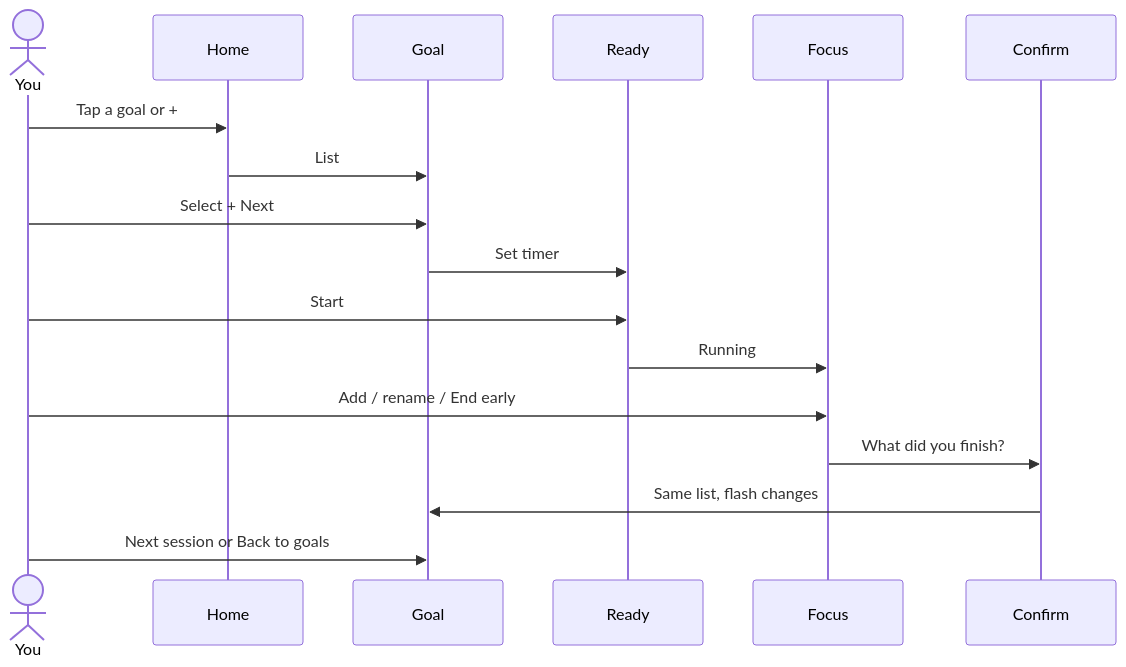
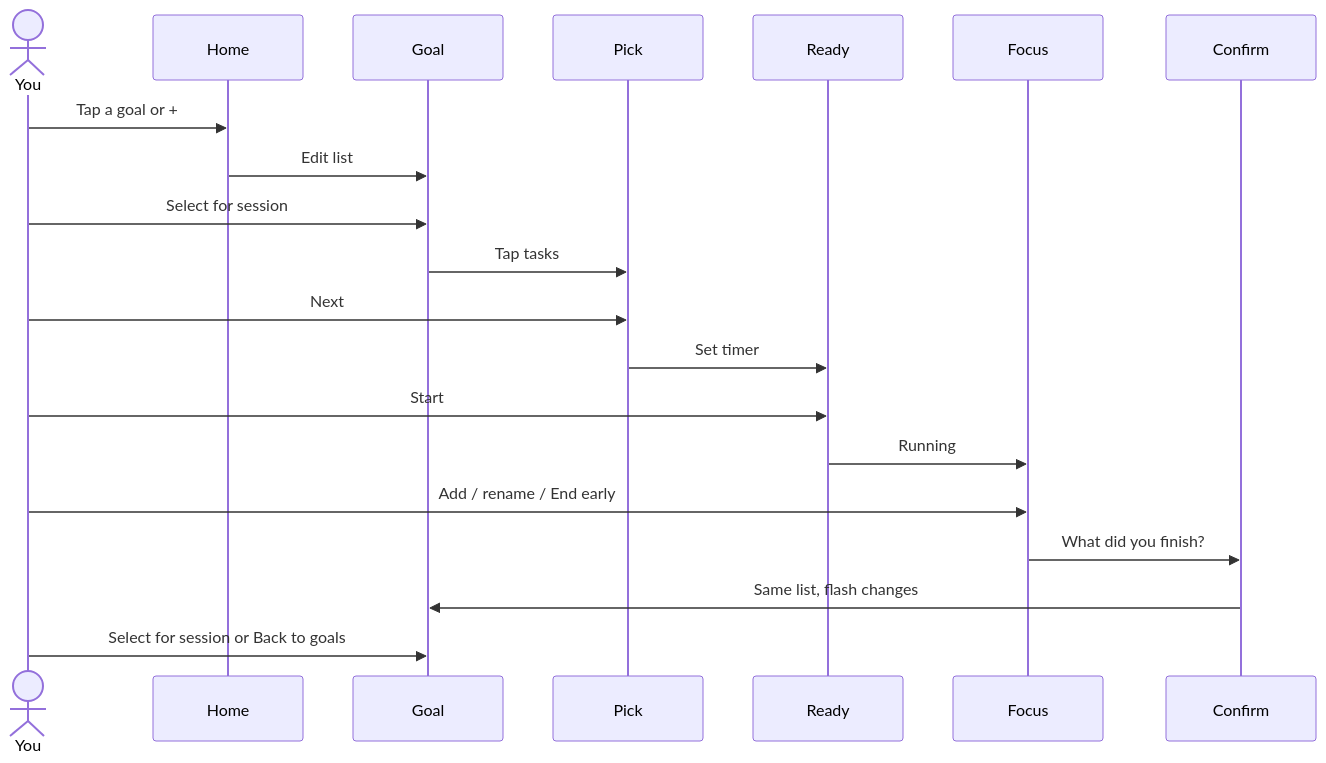
Before and after one commit to littlewhywhat/legal-360: the diagram in cases/squares/docs/flows/focus-loop.md, drawn with Mermaid. The commit also changed other lines of this file and 2 other files, not shown here.

First line of the commit message:
feat: Goal stays in edit; pick tasks on a second screen

````diff
--- a/cases/squares/docs/flows/focus-loop.md
+++ b/cases/squares/docs/flows/focus-loop.md
@@ -17,20 +18,23 @@
 ```mermaid
 sequenceDiagram
   actor You
   participant Home
   participant Goal
+  participant Pick
   participant Ready
   participant Focus
   participant Confirm
 
   You->>Home: Tap a goal or +
-  Home->>Goal: List
-  You->>Goal: Select + Next
-  Goal->>Ready: Set timer
+  Home->>Goal: Edit list
+  You->>Goal: Select for session
+  Goal->>Pick: Tap tasks
+  You->>Pick: Next
+  Pick->>Ready: Set timer
   You->>Ready: Start
   Ready->>Focus: Running
   You->>Focus: Add / rename / End early
   Focus->>Confirm: What did you finish?
   Confirm->>Goal: Same list, flash changes
-  You->>Goal: Next session or Back to goals
+  You->>Goal: Select for session or Back to goals
 ```
````
